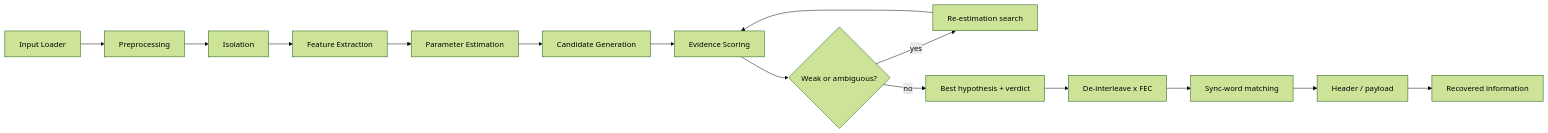
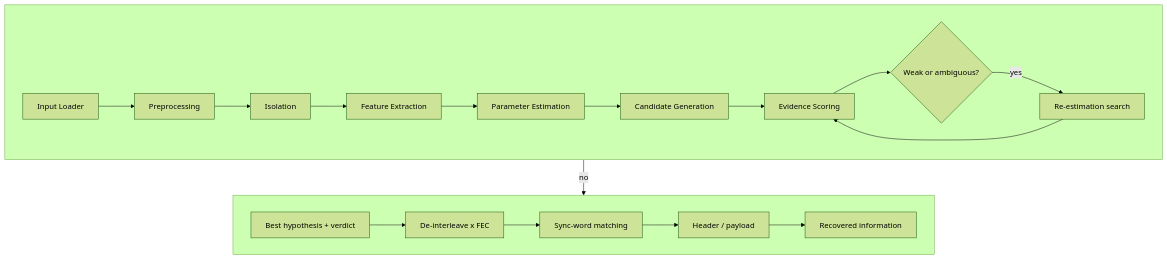
Before and after one commit to Akhil-0911/SigIQ: the second of 3 diagrams in README.md, drawn with Mermaid (forest theme).

Commit message:
Fold the pipeline flowchart into two rows
A single 14-node left-to-right chain was too wide to read without
shrinking or horizontal scrolling. Split it into two subgraphs
(each internally left-to-right) stacked top to bottom, so it reads
as two legible rows instead of one long strip.

````diff
--- a/README.md
+++ b/README.md
@@ -102,17 +102,16 @@
 ```mermaid
-flowchart LR
-    L[Input Loader] --> P[Preprocessing]
-    P --> I[Isolation]
-    I --> F[Feature Extraction]
-    F --> E[Parameter Estimation]
-    E --> G[Candidate Generation]
-    G --> S[Evidence Scoring]
-    S --> W{Weak or ambiguous?}
-    W -- yes --> R[Re-estimation search]
-    R --> S
-    W -- no --> V[Best hypothesis + verdict]
-    V --> D[De-interleave x FEC]
-    D --> H[Sync-word matching]
-    H --> PL[Header / payload]
-    PL --> RI[Recovered information]
+flowchart TD
+    subgraph Row1[" "]
+        direction LR
+        L[Input Loader] --> P[Preprocessing] --> I[Isolation] --> F[Feature Extraction]
+        F --> E[Parameter Estimation] --> G[Candidate Generation] --> S[Evidence Scoring]
+        S --> W{Weak or ambiguous?}
+        W -- yes --> R[Re-estimation search] --> S
+    end
+    subgraph Row2[" "]
+        direction LR
+        V[Best hypothesis + verdict] --> D[De-interleave x FEC]
+        D --> H[Sync-word matching] --> PL[Header / payload] --> RI[Recovered information]
+    end
+    W -- no --> V
 ```
````
